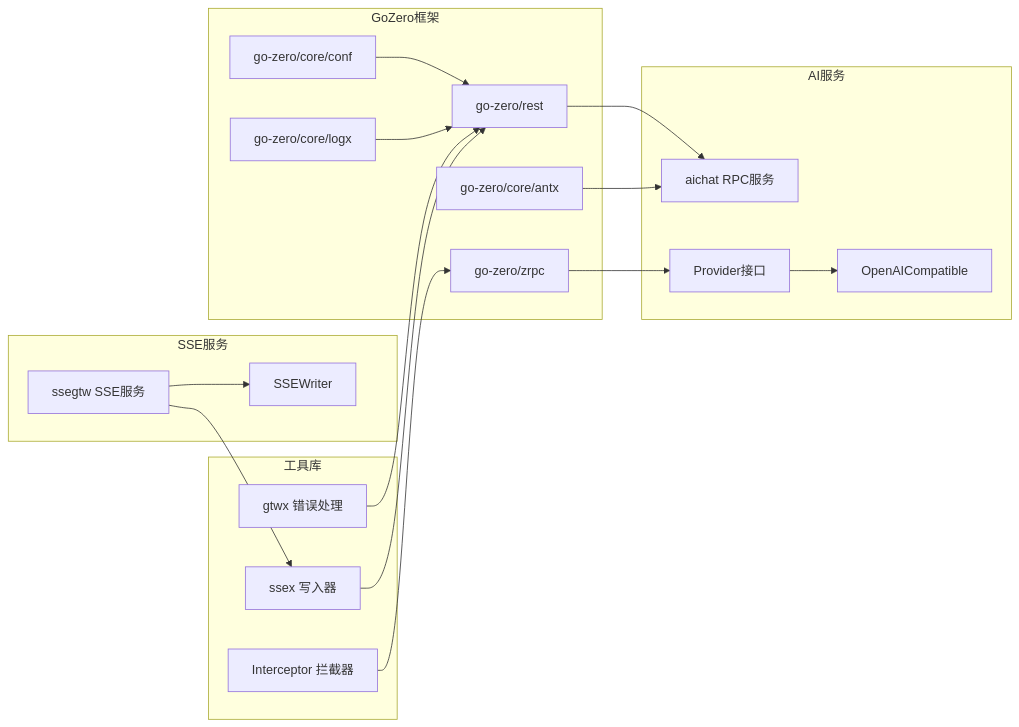
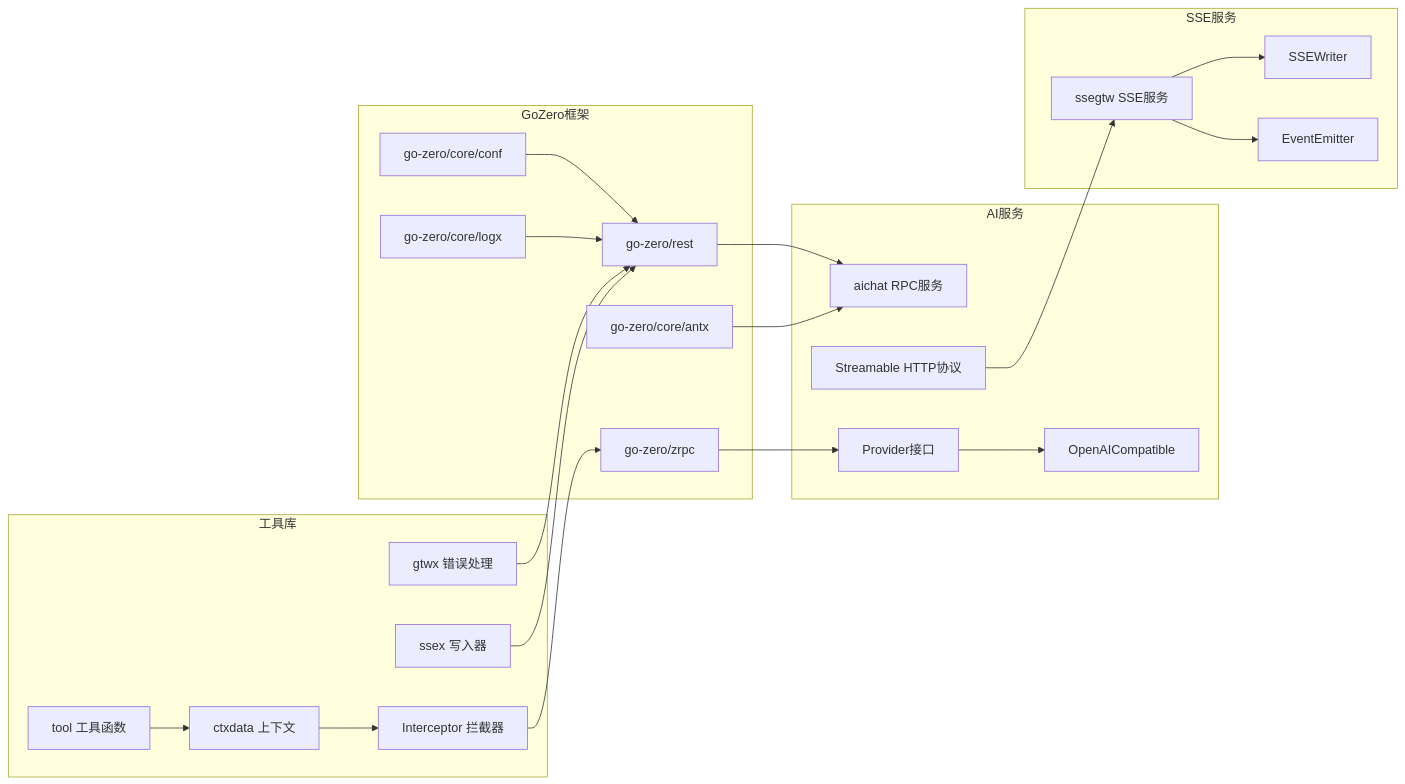
One commit to maomao94/zero-service changed the tenth of 11 diagrams in .qoder/repowiki/zh/content/网关与接口/AI网关服务.md. Above: the diagram before and after it, drawn with Mermaid. The commit also changed other lines of this file and 11 other files, not shown here.

````diff
--- a/.qoder/repowiki/zh/content/网关与接口/AI网关服务.md
+++ b/.qoder/repowiki/zh/content/网关与接口/AI网关服务.md
@@ -409,35 +563,42 @@
 ```mermaid
 graph LR
 subgraph "GoZero框架"
 A[go-zero/core/conf]
 B[go-zero/core/logx]
 C[go-zero/rest]
 D[go-zero/zrpc]
 E[go-zero/core/antx]
 end
 subgraph "AI服务"
 F[aichat RPC服务]
 G[Provider接口]
 H[OpenAICompatible]
+I[Streamable HTTP协议]
 end
 subgraph "SSE服务"
-I[ssegtw SSE服务]
-J[SSEWriter]
+J[ssegtw SSE服务]
+K[SSEWriter]
+L[EventEmitter]
 end
 subgraph "工具库"
-K[gtwx 错误处理]
-L[Interceptor 拦截器]
-M[ssex 写入器]
+M[gtwx 错误处理]
+N[Interceptor 拦截器]
+O[ssex 写入器]
+P[ctxdata 上下文]
+Q[tool 工具函数]
 end
 A --> C
 B --> C
 C --> F
 D --> G
 E --> F
 G --> H
 I --> J
-I --> M
-K --> C
-L --> D
+J --> K
+J --> L
 M --> C
+N --> D
+O --> C
+P --> N
+Q --> P
 ```
````
